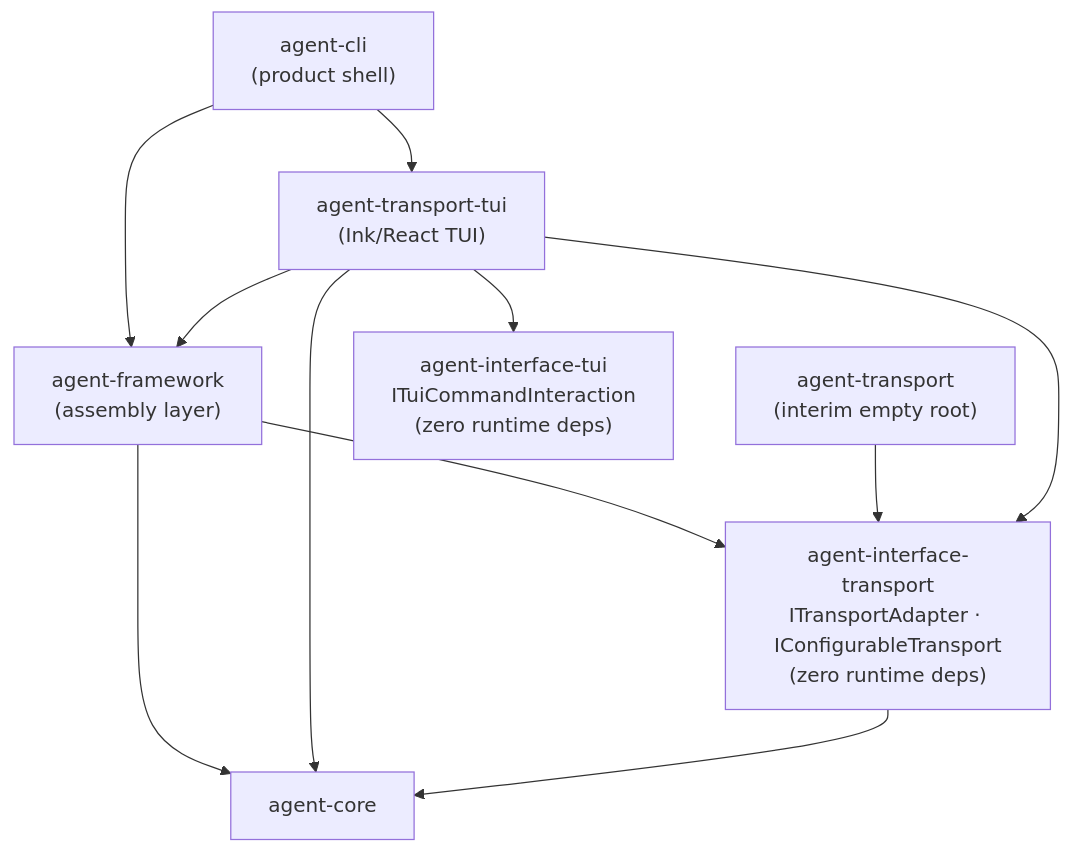
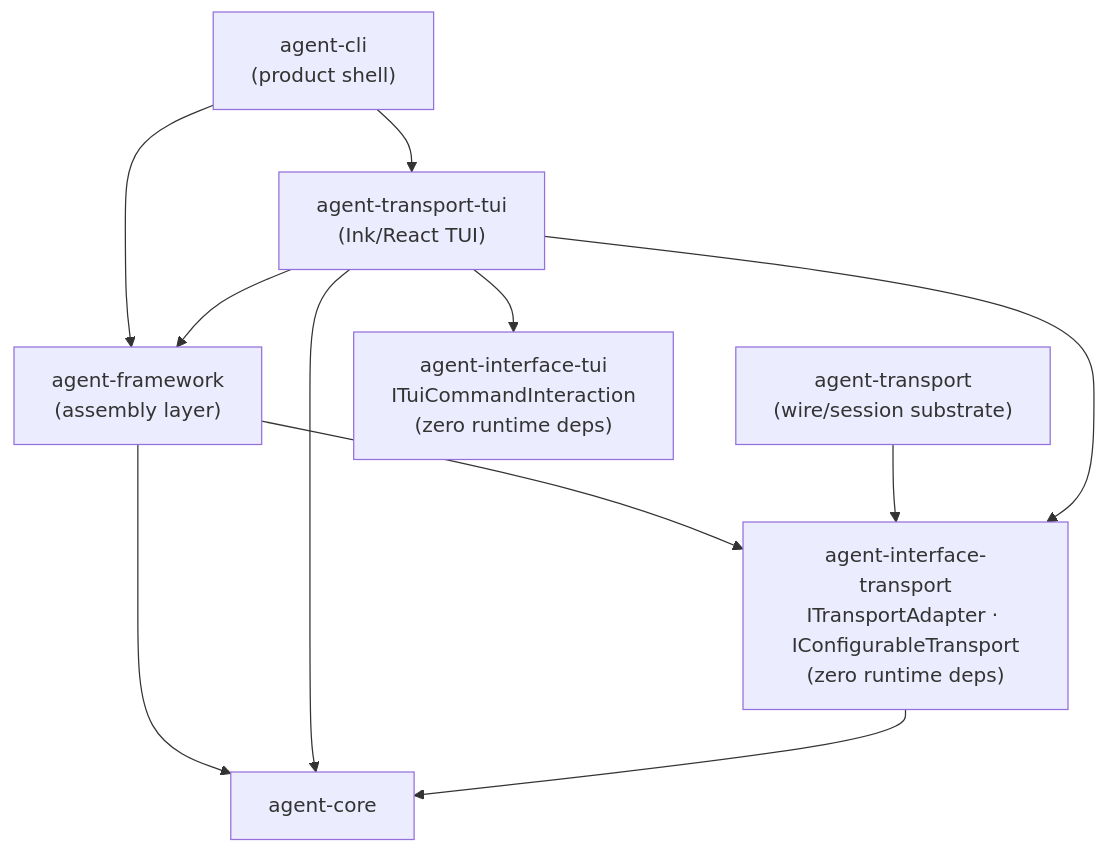
The diagram in .agents/specs/architecture-map/transport-architecture.md (woojubb/robota), drawn with Mermaid before and after one commit. The commit also changed other lines of this file and 199 other files, not shown here.

First line of the commit message:
refactor(transport): absorb protocol substrate into parent

````diff
--- a/.agents/specs/architecture-map/transport-architecture.md
+++ b/.agents/specs/architecture-map/transport-architecture.md
@@ -44,21 +47,21 @@
 ```mermaid
 flowchart TD
   CLI["agent-cli\n(product shell)"]
   FW["agent-framework\n(assembly layer)"]
-  Transport["agent-transport\n(interim empty root)"]
+  Transport["agent-transport\n(wire/session substrate)"]
   TransportTui["agent-transport-tui\n(Ink/React TUI)"]
   IfaceTransport["agent-interface-transport\nITransportAdapter · IConfigurableTransport\n(zero runtime deps)"]
   IfaceTui["agent-interface-tui\nITuiCommandInteraction\n(zero runtime deps)"]
   Core["agent-core"]
 
   CLI --> FW
   CLI --> TransportTui
   FW --> IfaceTransport
   FW --> Core
   Transport --> IfaceTransport
   TransportTui --> IfaceTransport
   TransportTui --> FW
   TransportTui --> Core
   TransportTui --> IfaceTui
   IfaceTransport --> Core
 ```
````
